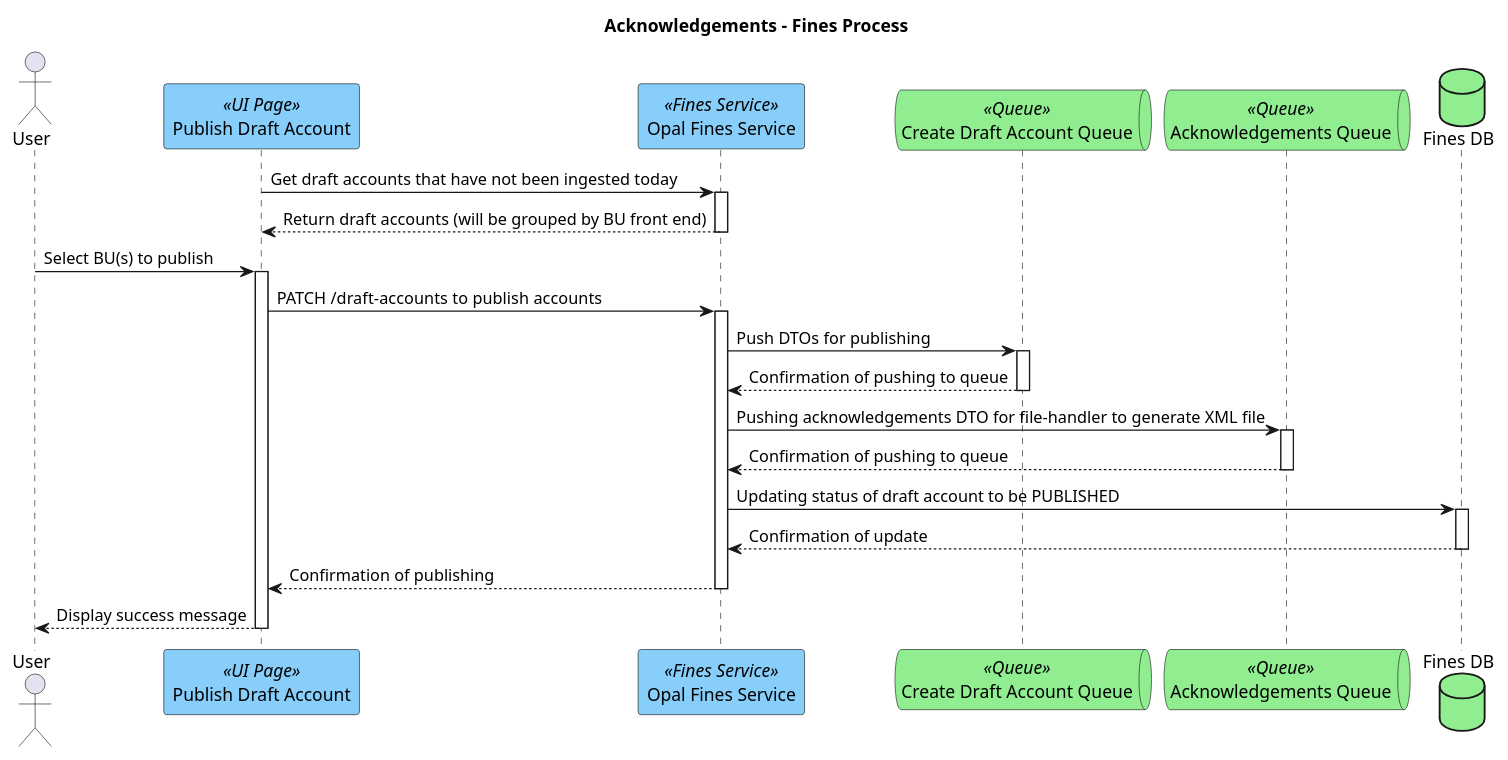
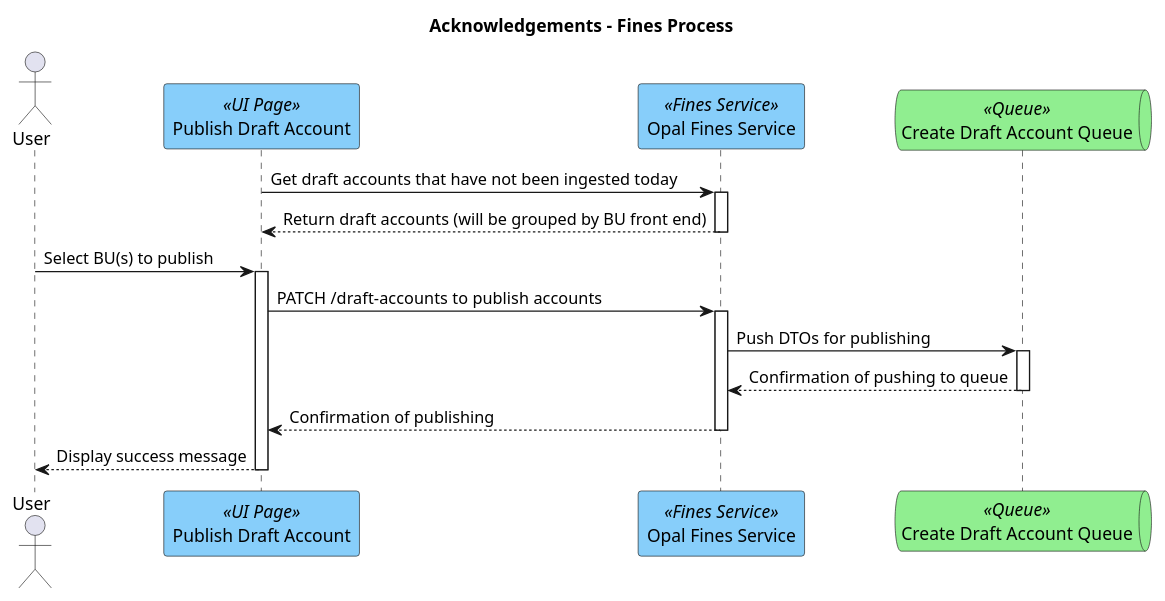
The diagram in plantUML/external-interfaces/acknowledgements-fines.puml (hmcts/opal-docs), drawn with PlantUML before and after one commit. The commit also changed 3 other files, not shown here.

Commit message:
Updating EI9 E2E diagrams with Ben E's comments

```diff
--- a/plantUML/external-interfaces/acknowledgements-fines.puml
+++ b/plantUML/external-interfaces/acknowledgements-fines.puml
@@ -1,22 +1,16 @@
 @startuml
 title Acknowledgements - Fines Process
 actor "User" as user
 participant "Publish Draft Account" as publishDraftAccountsPage <<UI Page>> #lightskyblue
 participant "Opal Fines Service" as finesService <<Fines Service>> #LightSkyBlue
 queue "Create Draft Account Queue" as createDraftAccountQueue <<Queue>> #lightgreen
-queue "Acknowledgements Queue" as acknowledgementsQueue <<Queue>> #lightgreen
-database "Fines DB" as finesDb #lightgreen
 
 publishDraftAccountsPage -> finesService ++ : Get draft accounts that have not been ingested today
 finesService --> publishDraftAccountsPage -- : Return draft accounts (will be grouped by BU front end)
 user -> publishDraftAccountsPage ++ : Select BU(s) to publish
 publishDraftAccountsPage -> finesService ++ : PATCH /draft-accounts to publish accounts
 finesService -> createDraftAccountQueue ++ : Push DTOs for publishing
 createDraftAccountQueue --> finesService -- : Confirmation of pushing to queue
-finesService -> acknowledgementsQueue ++ : Pushing acknowledgements DTO for file-handler to generate XML file
-acknowledgementsQueue --> finesService -- : Confirmation of pushing to queue
-finesService -> finesDb ++ : Updating status of draft account to be PUBLISHED
-finesDb --> finesService -- : Confirmation of update
 finesService --> publishDraftAccountsPage -- : Confirmation of publishing
 publishDraftAccountsPage --> user -- : Display success message
 @enduml
```
